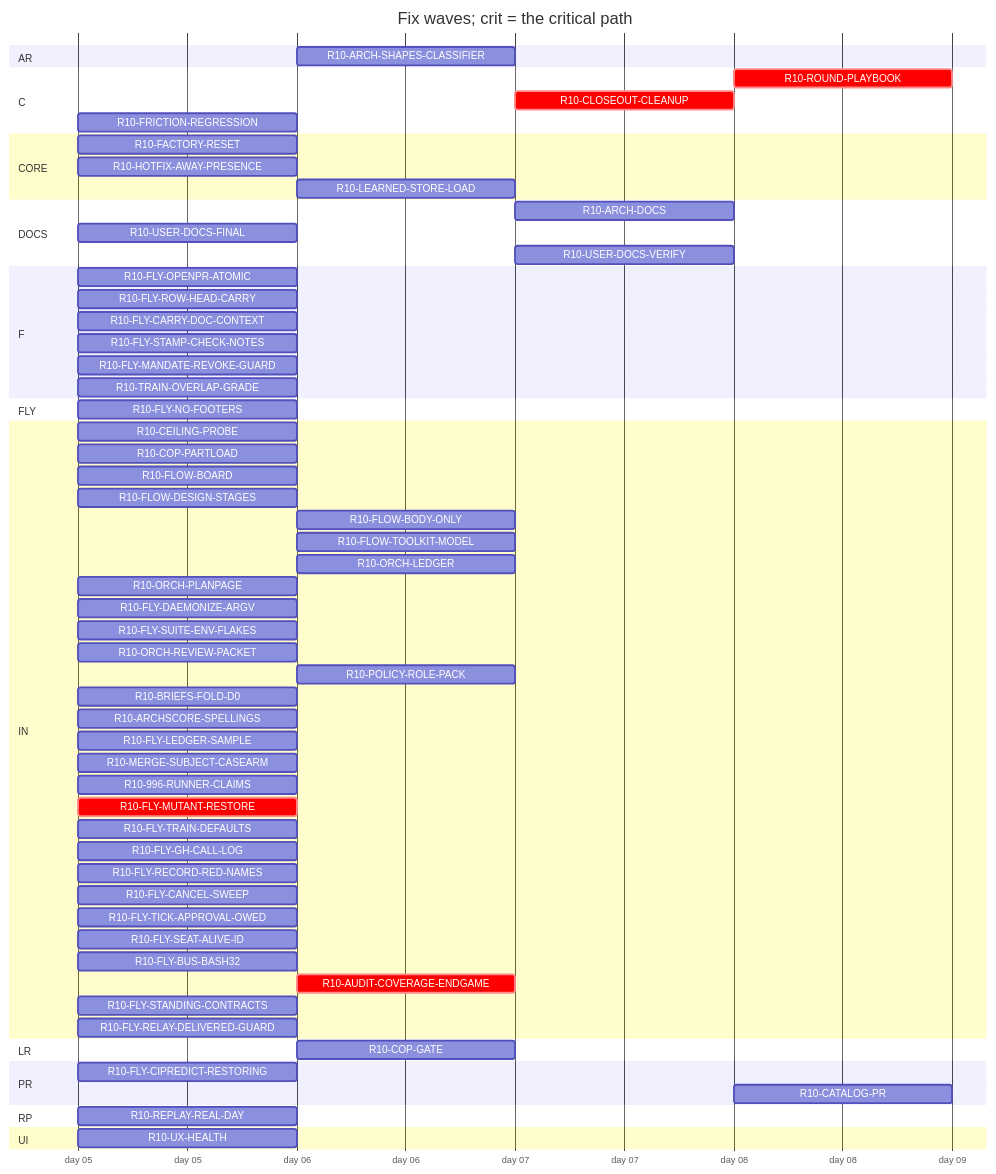
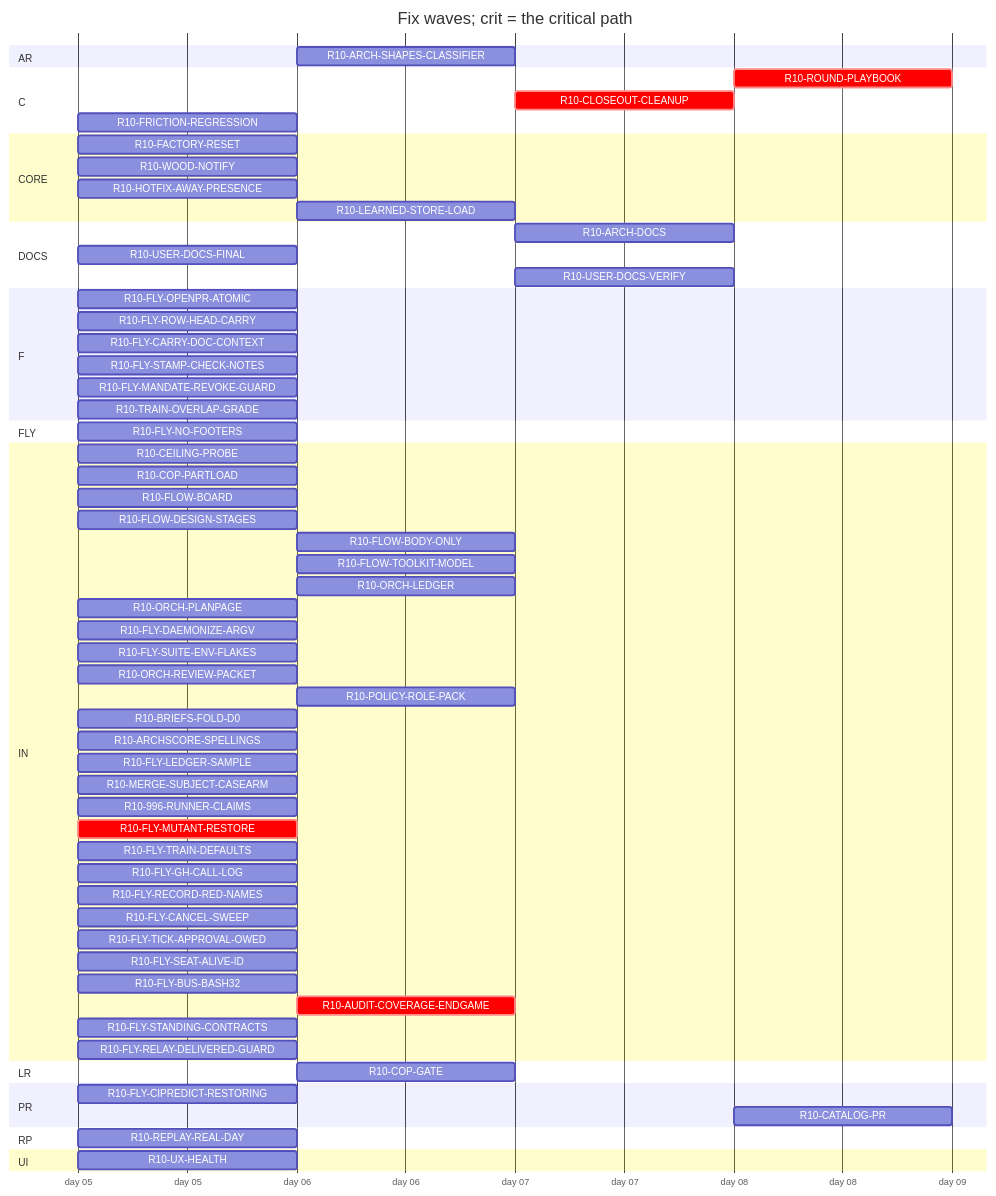
Before and after one commit to tvofi/heatpump_optimizer: the diagram in handoff/round10/state/PLAN-TABLE.md, drawn with Mermaid. The commit also changed other lines of this file and 3 other files, not shown here.

Commit message:
state: FLOW-BOARD.md, NEXT-SESSION-PROMPT.md, PLAN-TABLE.md, RESUME-CURRENT.md regenerated (state_docs.py)

````diff
--- a/handoff/round10/state/PLAN-TABLE.md
+++ b/handoff/round10/state/PLAN-TABLE.md
@@ -24,67 +24,68 @@
 ```mermaid
 gantt
   title Fix waves; crit = the critical path
   dateFormat YYYY-MM-DD
   axisFormat day %d
   section AR
     R10-ARCH-SHAPES-CLASSIFIER :r10ARCHSHAPESCLASSIFIER, after r10996RUNNERCLAIMS, 1d
   section C
     R10-ROUND-PLAYBOOK :crit, r10ROUNDPLAYBOOK, after r10ORCHLEDGER r10ORCHPLANPAGE r10FLOWBODYONLY r10AUDITCOVERAGEENDGAME r10FLOWDESIGNSTAGES r10FLOWTOOLKITMODEL r10TRAINOVERLAPGRADE r10FLYTRAINDEFAULTS r10FLYCANCELSWEEP r10POLICYROLEPACK r10ORCHREVIEWPACKET r10FLOWBOARD r10CLOSEOUTCLEANUP, 1d
     R10-CLOSEOUT-CLEANUP :crit, r10CLOSEOUTCLEANUP, after r10AUDITCOVERAGEENDGAME, 1d
     R10-FRICTION-REGRESSION :r10FRICTIONREGRESSION, 2026-01-05, 1d
   section CORE
     R10-FACTORY-RESET :r10FACTORYRESET, 2026-01-05, 1d
+    R10-WOOD-NOTIFY :r10WOODNOTIFY, 2026-01-05, 1d
     R10-HOTFIX-AWAY-PRESENCE :r10HOTFIXAWAYPRESENCE, 2026-01-05, 1d
     R10-LEARNED-STORE-LOAD :r10LEARNEDSTORELOAD, after r10FACTORYRESET, 1d
   section DOCS
     R10-ARCH-DOCS :r10ARCHDOCS, after r10COPGATE r10UXHEALTH r10CEILINGPROBE r10COPPARTLOAD r10FLOWBOARD r10FLOWDESIGNSTAGES r10FLOWBODYONLY r10FLYOPENPRATOMIC r10FLYROWHEADCARRY r10FLYCARRYDOCCONTEXT r10FLOWTOOLKITMODEL r10FLYSTAMPCHECKNOTES r10FLYMANDATEREVOKEGUARD r10TRAINOVERLAPGRADE r10FLYSUITEENVFLAKES r10ORCHLEDGER r10ORCHPLANPAGE r10FLYDAEMONIZEARGV r10ORCHREVIEWPACKET r10POLICYROLEPACK r10BRIEFSFOLDD0 r10REPLAYREALDAY r10ARCHSCORESPELLINGS r10FLYLEDGERSAMPLE, 1d
     R10-USER-DOCS-FINAL :r10USERDOCSFINAL, 2026-01-05, 1d
-    R10-USER-DOCS-VERIFY :r10USERDOCSVERIFY, after r10COPGATE r10UXHEALTH r10CEILINGPROBE r10COPPARTLOAD r10FACTORYRESET r10USERDOCSFINAL r10ARCHSHAPESCLASSIFIER r10HOTFIXAWAYPRESENCE, 1d
+    R10-USER-DOCS-VERIFY :r10USERDOCSVERIFY, after r10COPGATE r10UXHEALTH r10CEILINGPROBE r10COPPARTLOAD r10FACTORYRESET r10WOODNOTIFY r10USERDOCSFINAL r10ARCHSHAPESCLASSIFIER r10HOTFIXAWAYPRESENCE, 1d
   section F
     R10-FLY-OPENPR-ATOMIC :r10FLYOPENPRATOMIC, 2026-01-05, 1d
     R10-FLY-ROW-HEAD-CARRY :r10FLYROWHEADCARRY, 2026-01-05, 1d
     R10-FLY-CARRY-DOC-CONTEXT :r10FLYCARRYDOCCONTEXT, 2026-01-05, 1d
     R10-FLY-STAMP-CHECK-NOTES :r10FLYSTAMPCHECKNOTES, 2026-01-05, 1d
     R10-FLY-MANDATE-REVOKE-GUARD :r10FLYMANDATEREVOKEGUARD, 2026-01-05, 1d
     R10-TRAIN-OVERLAP-GRADE :r10TRAINOVERLAPGRADE, 2026-01-05, 1d
   section FLY
     R10-FLY-NO-FOOTERS :r10FLYNOFOOTERS, 2026-01-05, 1d
   section IN
     R10-CEILING-PROBE :r10CEILINGPROBE, 2026-01-05, 1d
     R10-COP-PARTLOAD :r10COPPARTLOAD, 2026-01-05, 1d
     R10-FLOW-BOARD :r10FLOWBOARD, 2026-01-05, 1d
     R10-FLOW-DESIGN-STAGES :r10FLOWDESIGNSTAGES, 2026-01-05, 1d
     R10-FLOW-BODY-ONLY :r10FLOWBODYONLY, after r10FLYOPENPRATOMIC, 1d
     R10-FLOW-TOOLKIT-MODEL :r10FLOWTOOLKITMODEL, after r10ORCHPLANPAGE r10FLYCANCELSWEEP, 1d
     R10-ORCH-LEDGER :r10ORCHLEDGER, after r10FLYCANCELSWEEP, 1d
     R10-ORCH-PLANPAGE :r10ORCHPLANPAGE, 2026-01-05, 1d
     R10-FLY-DAEMONIZE-ARGV :r10FLYDAEMONIZEARGV, 2026-01-05, 1d
     R10-FLY-SUITE-ENV-FLAKES :r10FLYSUITEENVFLAKES, 2026-01-05, 1d
     R10-ORCH-REVIEW-PACKET :r10ORCHREVIEWPACKET, 2026-01-05, 1d
     R10-POLICY-ROLE-PACK :r10POLICYROLEPACK, after r10FLOWDESIGNSTAGES, 1d
     R10-BRIEFS-FOLD-D0 :r10BRIEFSFOLDD0, 2026-01-05, 1d
     R10-ARCHSCORE-SPELLINGS :r10ARCHSCORESPELLINGS, 2026-01-05, 1d
     R10-FLY-LEDGER-SAMPLE :r10FLYLEDGERSAMPLE, 2026-01-05, 1d
     R10-MERGE-SUBJECT-CASEARM :r10MERGESUBJECTCASEARM, 2026-01-05, 1d
     R10-996-RUNNER-CLAIMS :r10996RUNNERCLAIMS, 2026-01-05, 1d
     R10-FLY-MUTANT-RESTORE :crit, r10FLYMUTANTRESTORE, 2026-01-05, 1d
     R10-FLY-TRAIN-DEFAULTS :r10FLYTRAINDEFAULTS, 2026-01-05, 1d
     R10-FLY-GH-CALL-LOG :r10FLYGHCALLLOG, 2026-01-05, 1d
     R10-FLY-RECORD-RED-NAMES :r10FLYRECORDREDNAMES, 2026-01-05, 1d
     R10-FLY-CANCEL-SWEEP :r10FLYCANCELSWEEP, 2026-01-05, 1d
     R10-FLY-TICK-APPROVAL-OWED :r10FLYTICKAPPROVALOWED, 2026-01-05, 1d
     R10-FLY-SEAT-ALIVE-ID :r10FLYSEATALIVEID, 2026-01-05, 1d
     R10-FLY-BUS-BASH32 :r10FLYBUSBASH32, 2026-01-05, 1d
     R10-AUDIT-COVERAGE-ENDGAME :crit, r10AUDITCOVERAGEENDGAME, after r10FLYMUTANTRESTORE r10996RUNNERCLAIMS, 1d
     R10-FLY-STANDING-CONTRACTS :r10FLYSTANDINGCONTRACTS, 2026-01-05, 1d
     R10-FLY-RELAY-DELIVERED-GUARD :r10FLYRELAYDELIVEREDGUARD, 2026-01-05, 1d
   section LR
     R10-COP-GATE :r10COPGATE, after r10CEILINGPROBE, 1d
   section PR
     R10-FLY-CIPREDICT-RESTORING :r10FLYCIPREDICTRESTORING, 2026-01-05, 1d
     R10-CATALOG-PR :r10CATALOGPR, after r10USERDOCSVERIFY r10AUDITCOVERAGEENDGAME, 1d
   section RP
     R10-REPLAY-REAL-DAY :r10REPLAYREALDAY, 2026-01-05, 1d
   section UI
     R10-UX-HEALTH :r10UXHEALTH, 2026-01-05, 1d
 ```
````
